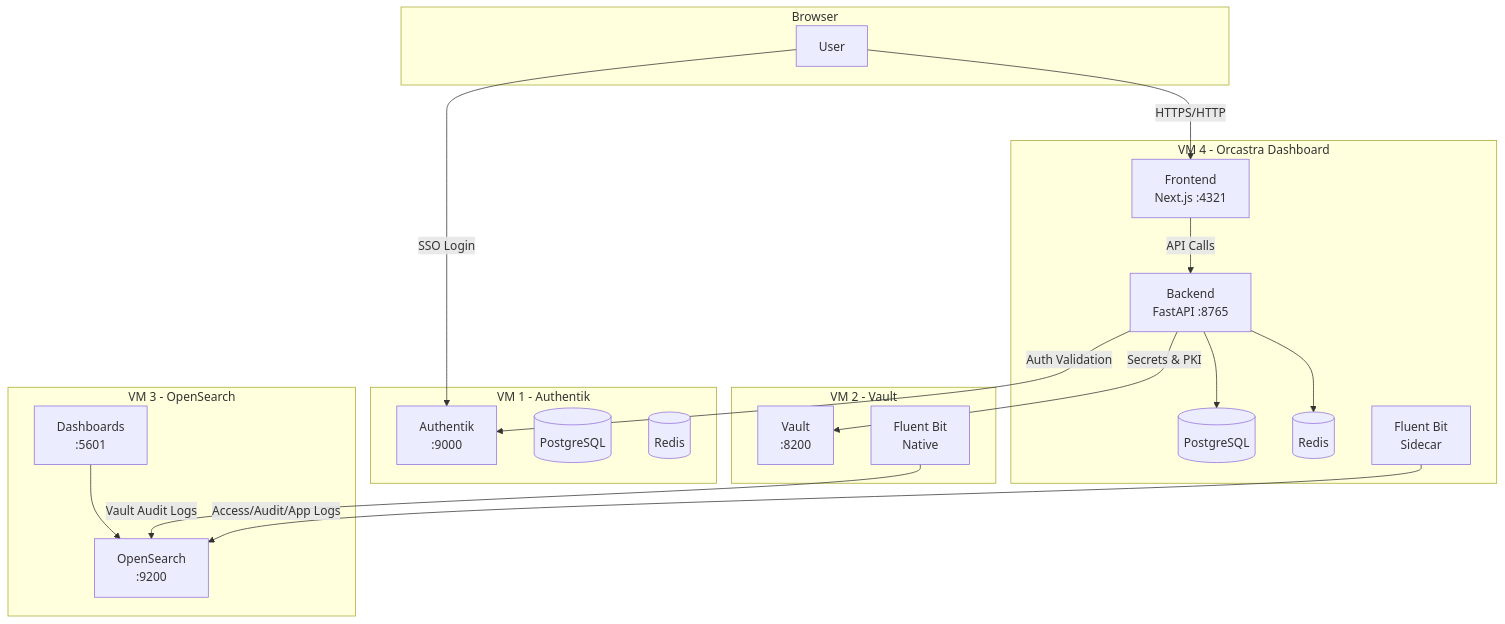
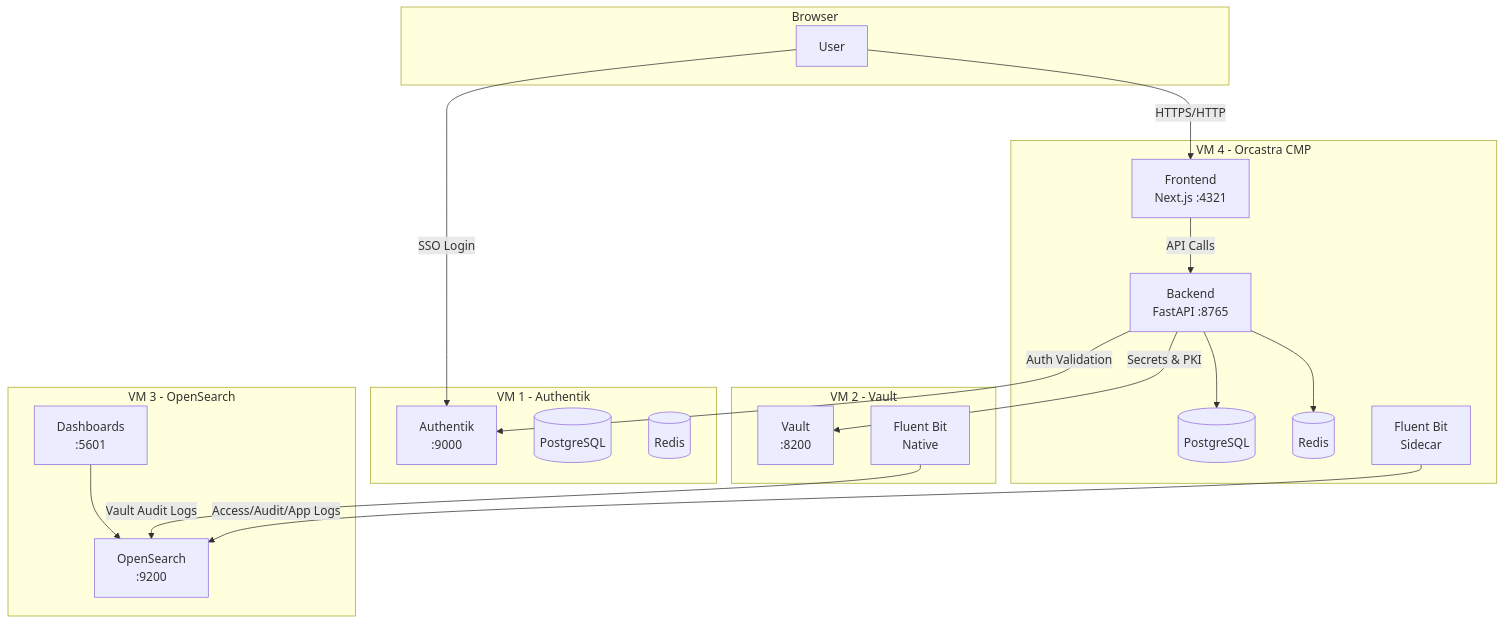
The first of 4 diagrams in docs/getting-started/architecture.md (sctsivali/orcastra-docs), drawn with Mermaid before and after one commit. The commit also changed other lines of this file and 1 other file, not shown here.

First line of the commit message:
docs(getting-started): draw the network topology with Mermaid

````diff
--- a/docs/getting-started/architecture.md
+++ b/docs/getting-started/architecture.md
@@ -7,41 +7,41 @@
 ```mermaid
 graph TB
     subgraph "Browser"
         U[User]
     end
 
-    subgraph "VM 4 - Orcastra Dashboard"
+    subgraph "VM 4 - Orcastra CMP"
         FE[Frontend<br/>Next.js :4321]
         BE[Backend<br/>FastAPI :8765]
         PG[(PostgreSQL)]
         RD[(Redis)]
         FB1[Fluent Bit<br/>Sidecar]
     end
 
     subgraph "VM 1 - Authentik"
         AK[Authentik<br/>:9000]
         AK_PG[(PostgreSQL)]
         AK_RD[(Redis)]
     end
 
     subgraph "VM 2 - Vault"
         VT[Vault<br/>:8200]
         FB2[Fluent Bit<br/>Native]
     end
 
     subgraph "VM 3 - OpenSearch"
         OS[OpenSearch<br/>:9200]
         OSD[Dashboards<br/>:5601]
     end
 
     U -->|HTTPS/HTTP| FE
     U -->|SSO Login| AK
     FE -->|API Calls| BE
     BE --> PG
     BE --> RD
     BE -->|Auth Validation| AK
     BE -->|Secrets & PKI| VT
     FB1 -->|Access/Audit/App Logs| OS
     FB2 -->|Vault Audit Logs| OS
     OSD --> OS
 ```
````
